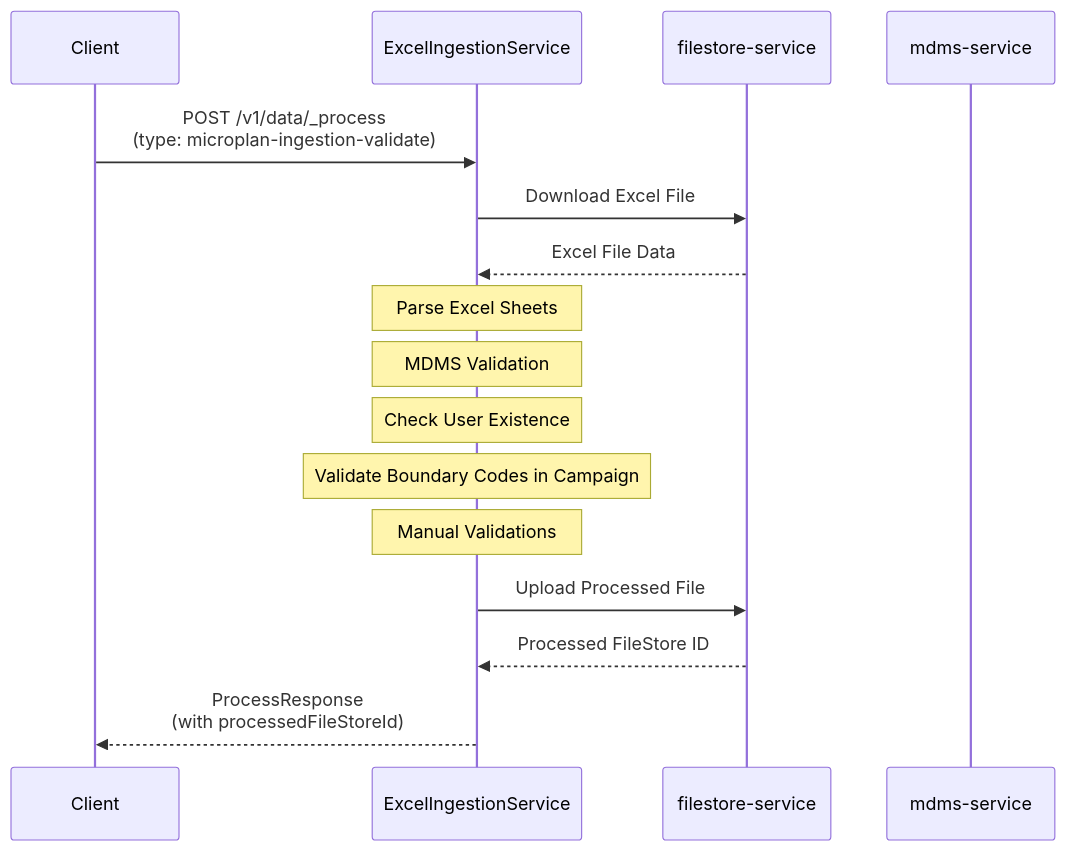
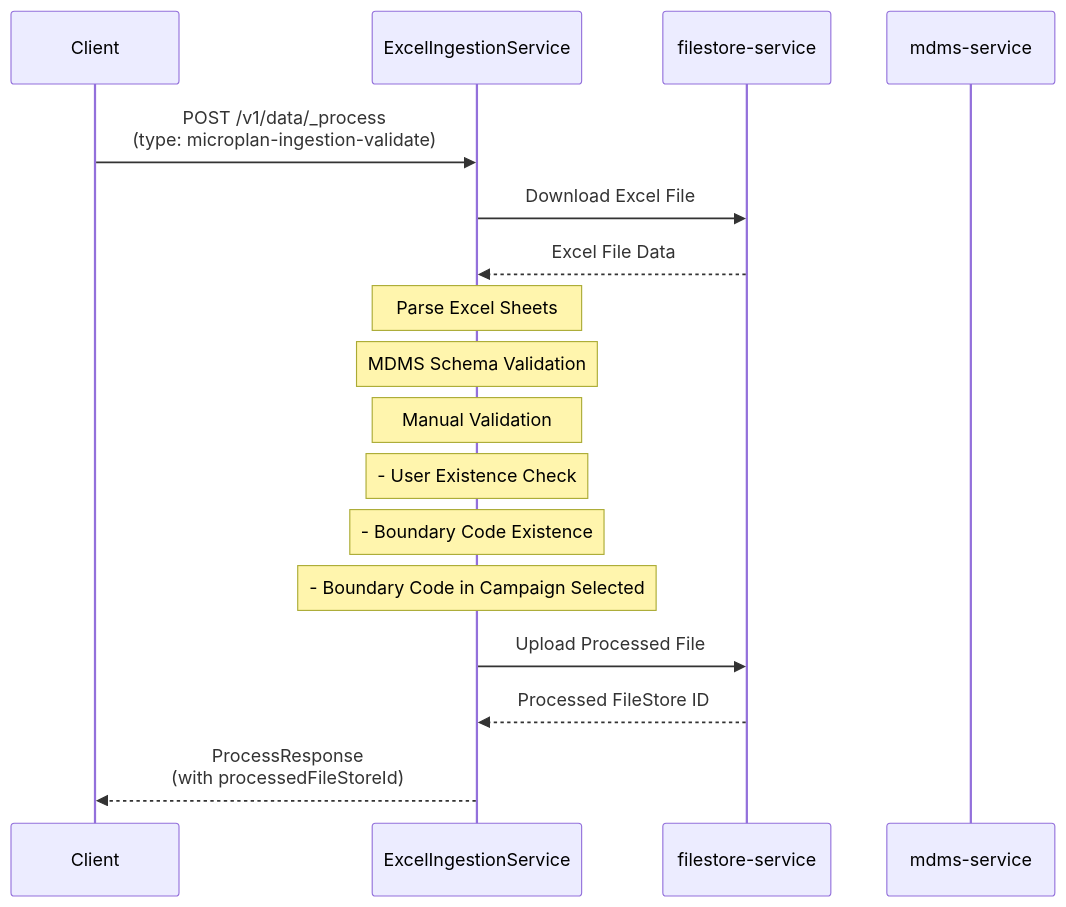
One commit to ashish-egov/campaign-whole-sheet-ingestion changed the second of 3 diagrams in DESIGN.md. Above: the diagram before and after it, drawn with Mermaid.

````diff
--- a/DESIGN.md
+++ b/DESIGN.md
@@ -39,23 +39,24 @@
 ```mermaid
 sequenceDiagram
     participant Client
     participant ExcelIngestionService
     participant filestore-service
     participant mdms-service
     
     Client->>ExcelIngestionService: POST /v1/data/_process<br/>(type: microplan-ingestion-validate)
     
     ExcelIngestionService->>filestore-service: Download Excel File
     filestore-service-->>ExcelIngestionService: Excel File Data
     
     Note over ExcelIngestionService: Parse Excel Sheets
-    Note over ExcelIngestionService: MDMS Validation
-    Note over ExcelIngestionService: Check User Existence
-    Note over ExcelIngestionService: Validate Boundary Codes in Campaign
-    Note over ExcelIngestionService: Manual Validations
+    Note over ExcelIngestionService: MDMS Schema Validation
+    Note over ExcelIngestionService: Manual Validation
+    Note over ExcelIngestionService: - User Existence Check
+    Note over ExcelIngestionService: - Boundary Code Existence
+    Note over ExcelIngestionService: - Boundary Code in Campaign Selected
     
     ExcelIngestionService->>filestore-service: Upload Processed File
     filestore-service-->>ExcelIngestionService: Processed FileStore ID
     
     ExcelIngestionService-->>Client: ProcessResponse<br/>(with processedFileStoreId)
 ```
````
